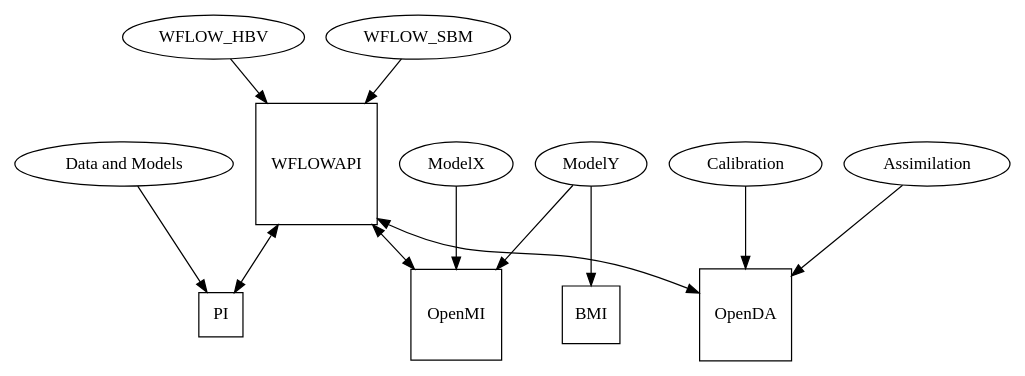
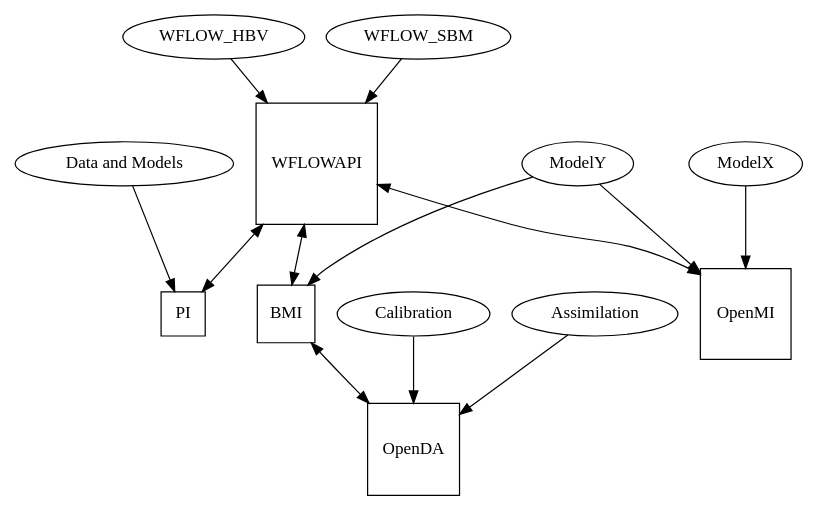
The diagram in doc/index.rst (openstreams/wflow), drawn with Graphviz before and after one commit. The commit also changed 1 other file, not shown here.

```diff
--- a/doc/index.rst
+++ b/doc/index.rst
@@ -74,19 +74,20 @@
 .. digraph:: Linking
 
     WFLOW_HBV -> WFLOWAPI;
     WFLOW_SBM -> WFLOWAPI;
     WFLOWAPI -> "PI"  [dir=both];
     "Data and Models" -> "PI";
     WFLOWAPI -> OpenMI  [dir=both];
     ModelX -> OpenMI;
     ModelY -> OpenMI;
     ModelY -> BMI;
-    WFLOWAPI -> OpenDA  [dir=both];
+    BMI -> OpenDA  [dir=both];
+    WFLOWAPI -> BMI  [dir=both];
     Calibration -> OpenDA;
     Assimilation -> OpenDA;
     WFLOWAPI [shape=square];
     OpenDA [shape=square];
     OpenMI [shape=square];
     BMI [shape=square];
     "PI" [shape=square];
     dpi=69;
```
